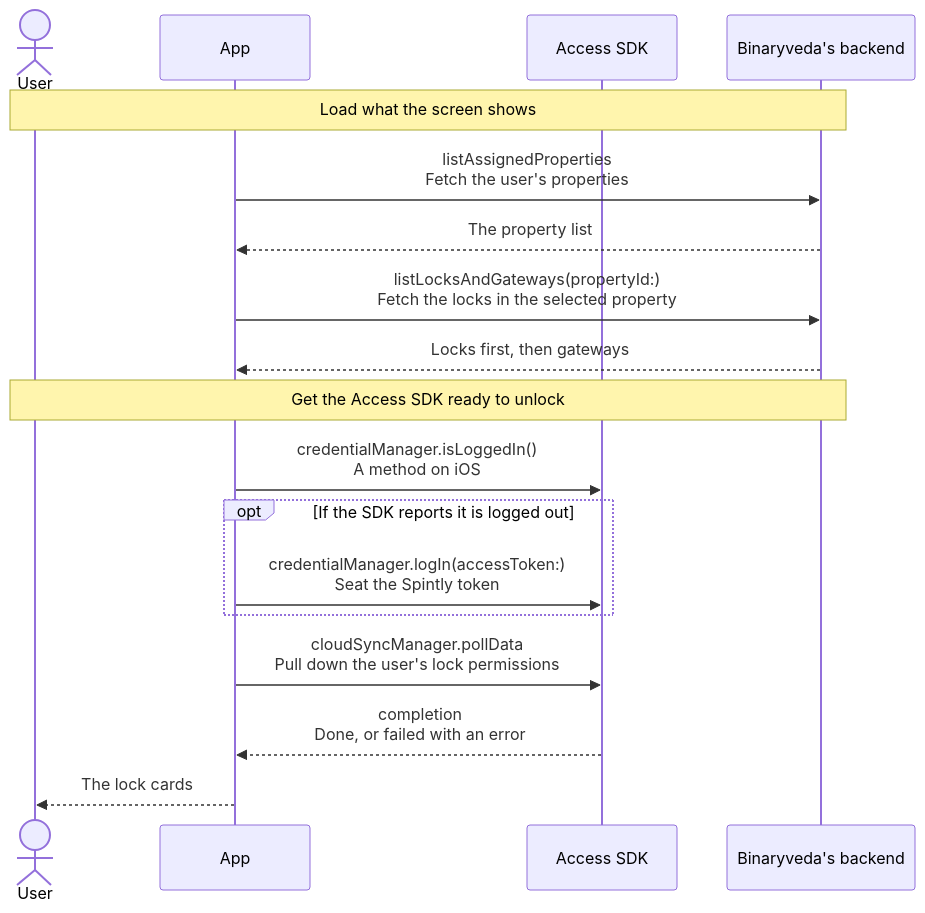
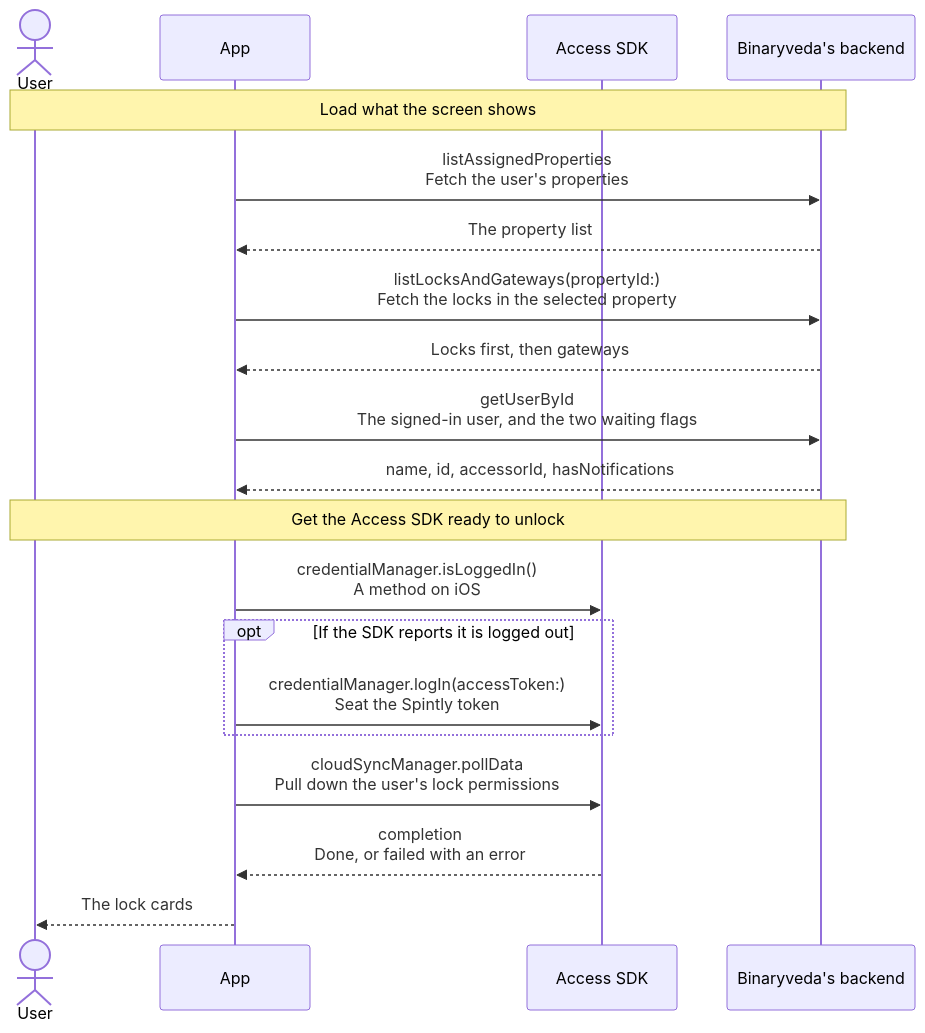
Before and after one commit to Yash-Wadatkar-Binaryveda/sdk-docs-site: the second of 7 diagrams in docs/home.md, drawn with Mermaid. The commit also changed other lines of this file and 14 other files, not shown here.

First line of the commit message:
Enhance documentation with new Profile and Account section and update diagram color handling

````diff
--- a/docs/home.md
+++ b/docs/home.md
@@ -58,22 +59,24 @@
     ```mermaid
     sequenceDiagram
         actor U as User
         participant A as App
         participant S as Access SDK
         participant B as Binaryveda's backend
 
         Note over U,B: Load what the screen shows
         A->>B: listAssignedProperties<br/>Fetch the user's properties
         B-->>A: The property list
         A->>B: listLocksAndGateways(propertyId:)<br/>Fetch the locks in the selected property
         B-->>A: Locks first, then gateways
+        A->>B: getUserById<br/>The signed-in user, and the two waiting flags
+        B-->>A: name, id, accessorId, hasNotifications
 
         Note over U,B: Get the Access SDK ready to unlock
         A->>S: credentialManager.isLoggedIn()<br/>A method on iOS
         opt If the SDK reports it is logged out
             A->>S: credentialManager.logIn(accessToken:)<br/>Seat the Spintly token
         end
         A->>S: cloudSyncManager.pollData<br/>Pull down the user's lock permissions
         S-->>A: completion<br/>Done, or failed with an error
         A-->>U: The lock cards
     ```
````
